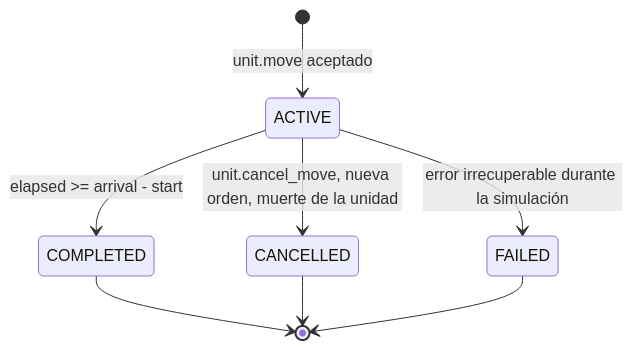
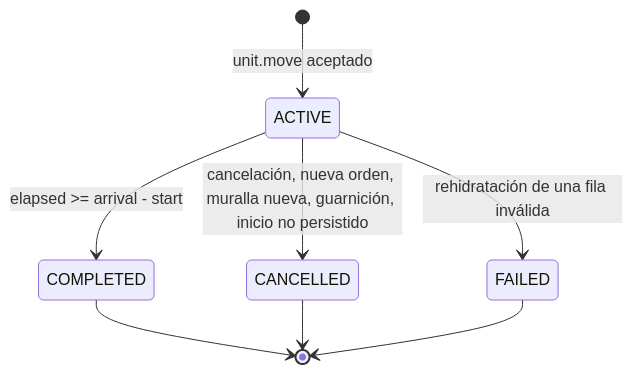
Before and after one commit to sonetlumiere-code/empires-online: the diagram in docs/invariants/movement.md, drawn with Mermaid. The commit also changed other lines of this file and 2 other files, not shown here.

First line of the commit message:
docs(invariants): la familia INV-MOVE, reconciliada ficha por ficha con la suite (EO-118)

````diff
--- a/docs/invariants/movement.md
+++ b/docs/invariants/movement.md
@@ -340,10 +342,10 @@
 ```mermaid
 stateDiagram-v2
     [*] --> ACTIVE: unit.move aceptado
     ACTIVE --> COMPLETED: elapsed >= arrival - start
-    ACTIVE --> CANCELLED: unit.cancel_move, nueva orden, muerte de la unidad
-    ACTIVE --> FAILED: error irrecuperable durante la simulación
+    ACTIVE --> CANCELLED: cancelación, nueva orden, muralla nueva, guarnición, inicio no persistido
+    ACTIVE --> FAILED: rehidratación de una fila inválida
     COMPLETED --> [*]
     CANCELLED --> [*]
     FAILED --> [*]
 ```
````
